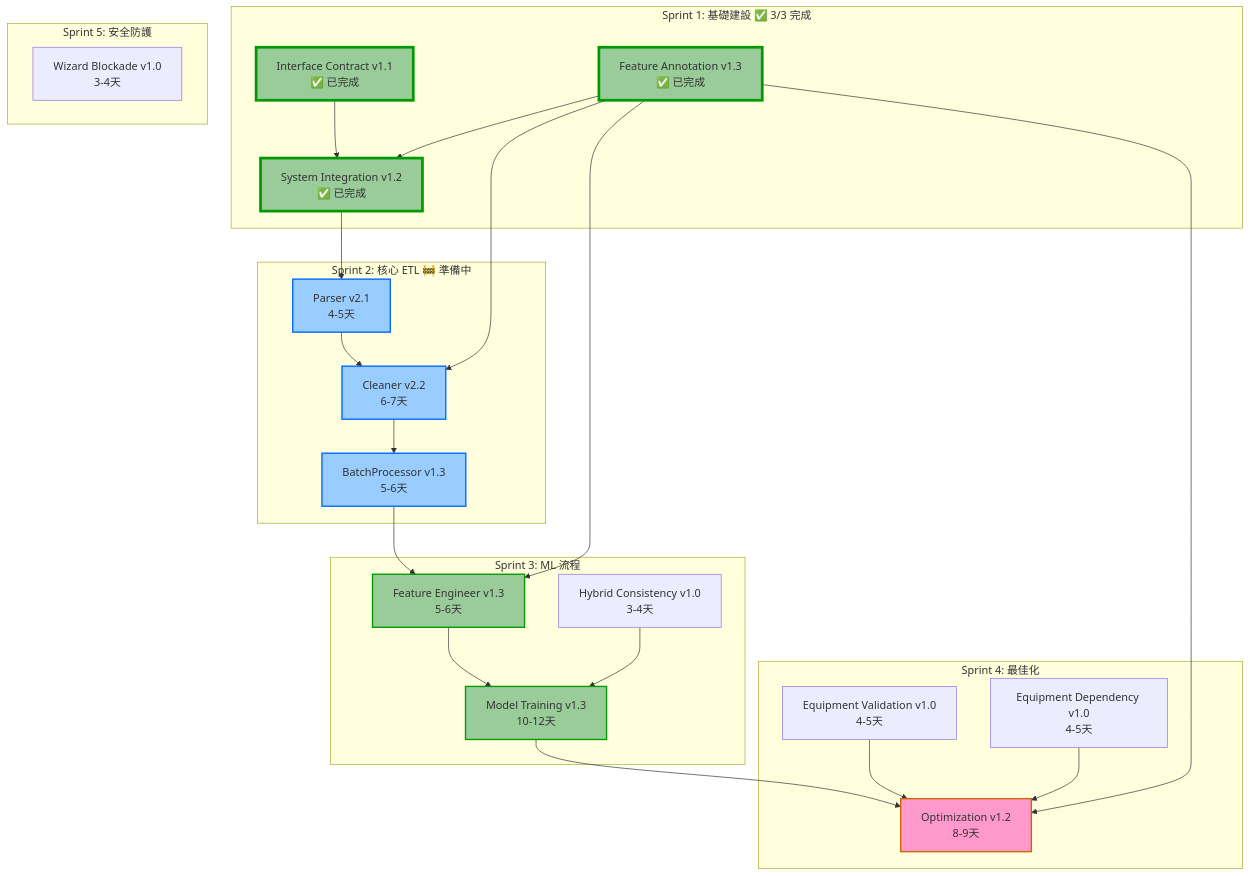
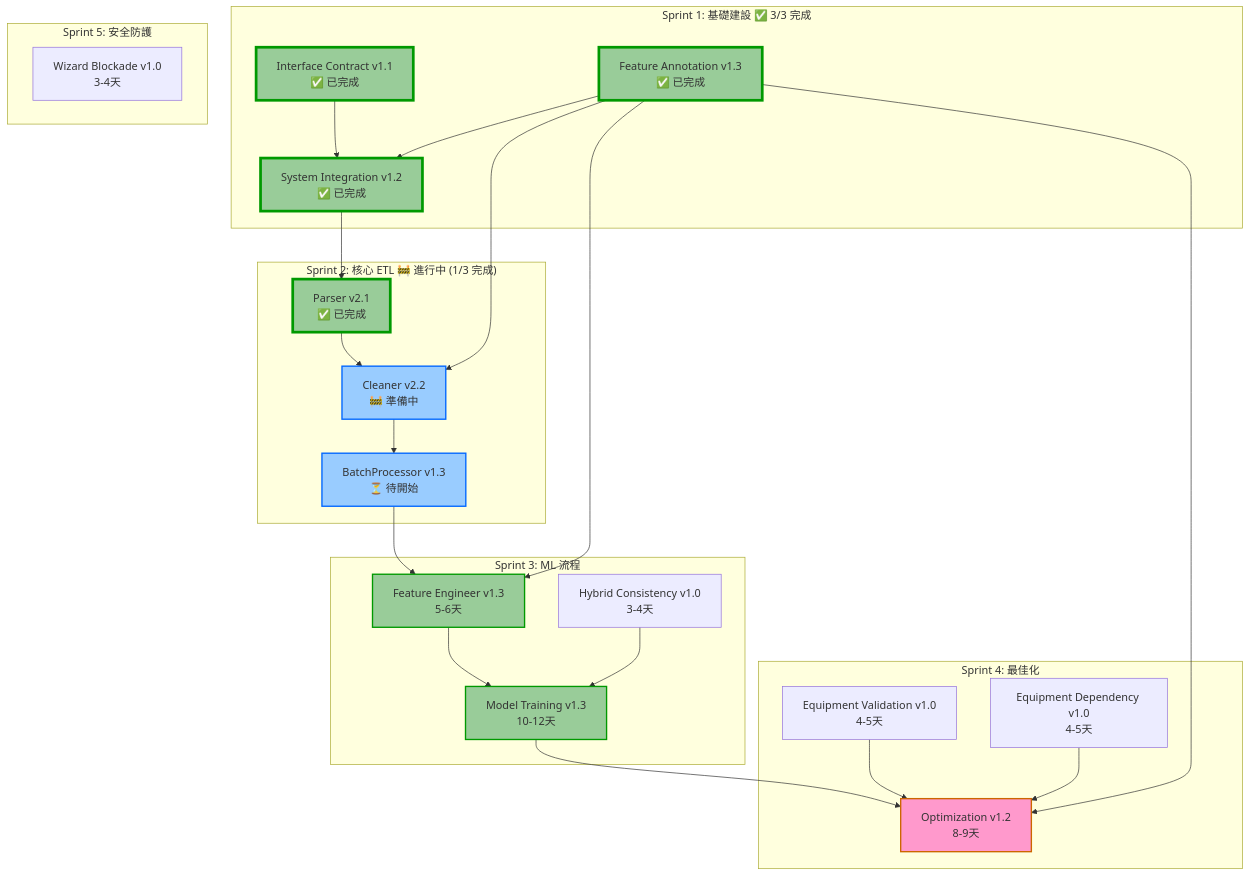
The diagram in docs/專案任務排程/專案任務排程文件.md (oscar120601/HVAC_Analytics), drawn with Mermaid before and after one commit. The commit also changed other lines of this file and 6 other files, not shown here.

Commit message:
docs: Update Sprint 2 status - Parser v2.1 completed and reviewed

````diff
--- a/docs/專案任務排程/專案任務排程文件.md
+++ b/docs/專案任務排程/專案任務排程文件.md
@@ -37,42 +37,42 @@
 ```mermaid
 graph TD
     subgraph "Sprint 1: 基礎建設 ✅ 3/3 完成"
         IC[Interface Contract v1.1<br/>✅ 已完成] --> SI[System Integration v1.2<br/>✅ 已完成]
         FA[Feature Annotation v1.3<br/>✅ 已完成] --> SI
     end
     
-    subgraph "Sprint 2: 核心 ETL 🚧 準備中"
-        SI --> Parser[Parser v2.1<br/>4-5天]
-        FA --> Cleaner[Cleaner v2.2<br/>6-7天]
+    subgraph "Sprint 2: 核心 ETL 🚧 進行中 (1/3 完成)"
+        SI --> Parser[Parser v2.1<br/>✅ 已完成]
+        FA --> Cleaner[Cleaner v2.2<br/>🚧 準備中]
         Parser --> Cleaner
-        Cleaner --> BP[BatchProcessor v1.3<br/>5-6天]
+        Cleaner --> BP[BatchProcessor v1.3<br/>⏳ 待開始]
     end
     
     subgraph "Sprint 3: ML 流程"
         BP --> FE[Feature Engineer v1.3<br/>5-6天]
         FA --> FE
         FE --> MT[Model Training v1.3<br/>10-12天]
         HC[Hybrid Consistency v1.0<br/>3-4天] --> MT
     end
     
     subgraph "Sprint 4: 最佳化"
         MT --> OPT[Optimization v1.2<br/>8-9天]
         FA --> OPT
         EV[Equipment Validation v1.0<br/>4-5天] --> OPT
         ED[Equipment Dependency v1.0<br/>4-5天] --> OPT
     end
     
     subgraph "Sprint 5: 安全防護"
         WTB[Wizard Blockade v1.0<br/>3-4天]
     end
     
     style IC fill:#9c9,stroke:#090,stroke-width:4px
     style SI fill:#9c9,stroke:#090,stroke-width:4px
     style FA fill:#9c9,stroke:#090,stroke-width:4px
-    style Parser fill:#9cf,stroke:#06f,stroke-width:2px
+    style Parser fill:#9c9,stroke:#090,stroke-width:4px
     style Cleaner fill:#9cf,stroke:#06f,stroke-width:2px
     style BP fill:#9cf,stroke:#06f,stroke-width:2px
     style FE fill:#9c9,stroke:#090,stroke-width:2px
     style MT fill:#9c9,stroke:#090,stroke-width:2px
     style OPT fill:#f9c,stroke:#c60,stroke-width:2px
 ```
````
